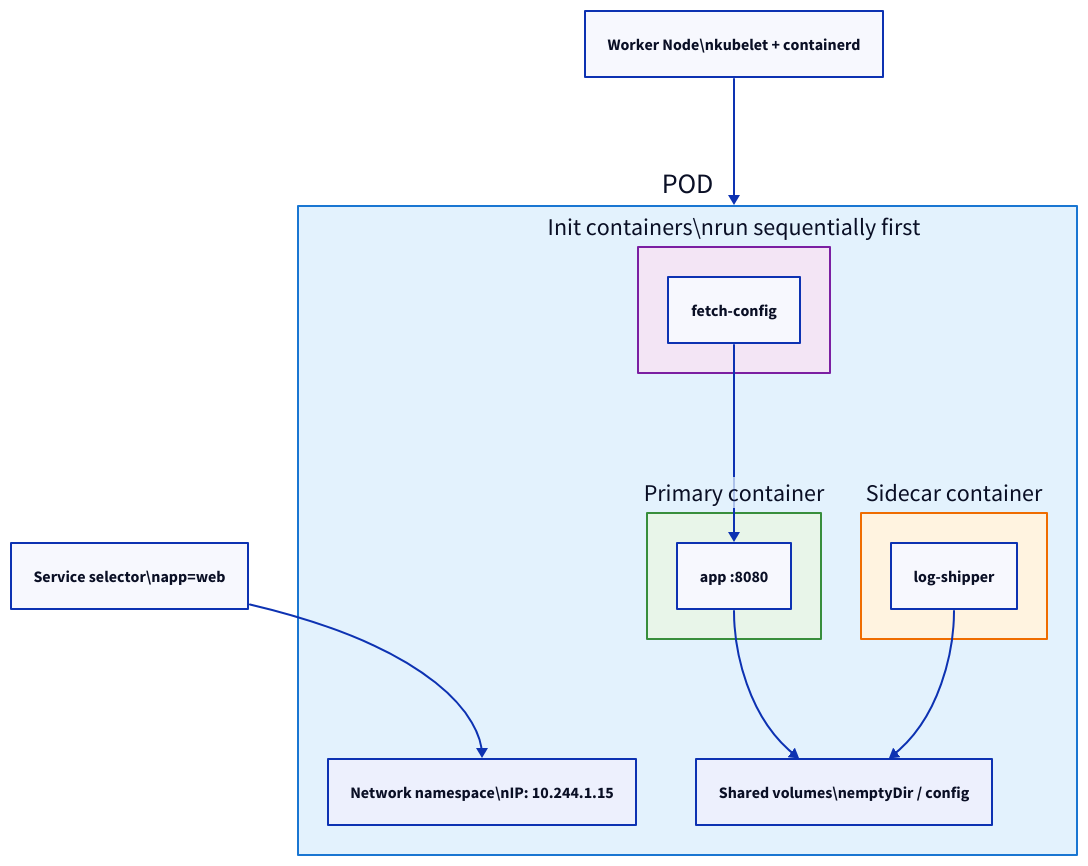
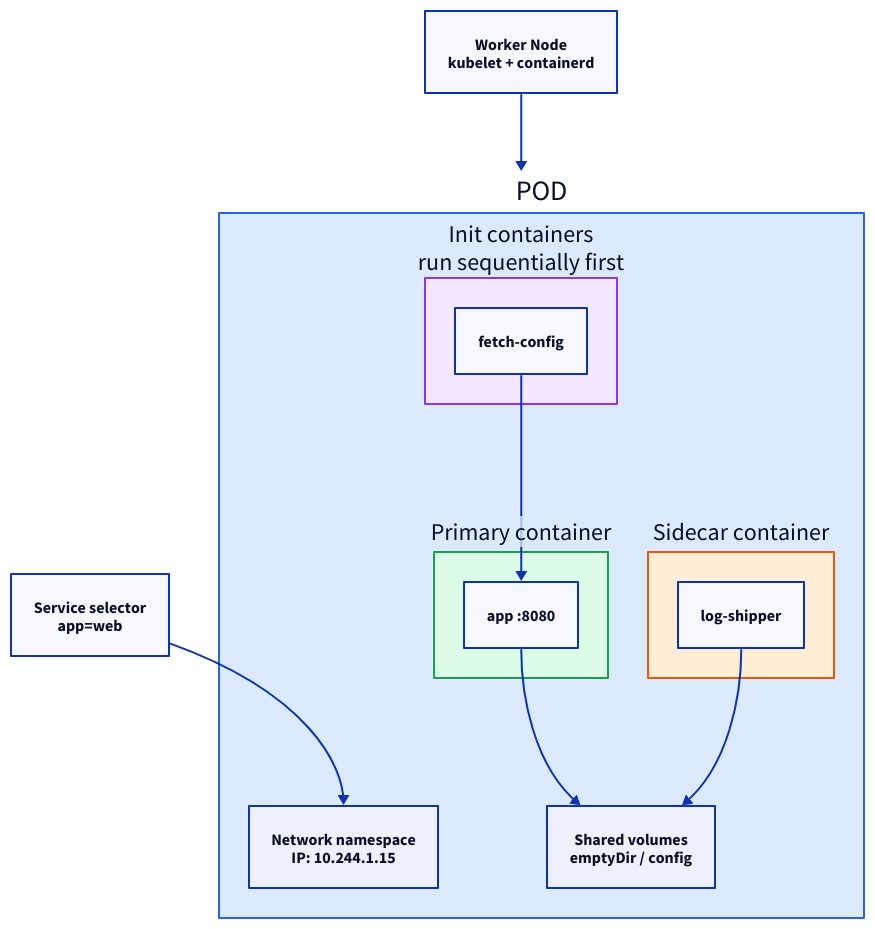
One commit to rebash-rebash/rebash-academy changed the first of 2 diagrams in docs/kubernetes/pods-the-atomic-unit.md. Above: the diagram before and after it, drawn with D2. The commit also changed other lines of this file and 177 other files, not shown here.

First line of the commit message:
Ship Terraform track, diagram polish, and new brand favicon.

````diff
--- a/docs/kubernetes/pods-the-atomic-unit.md
+++ b/docs/kubernetes/pods-the-atomic-unit.md
@@ -55,41 +55,41 @@
 ```d2
 direction: down
 
 POD: "Pod — shared context" {
       style: {
-        fill: "#e3f2fd"
-        stroke: "#1976d2"
+        fill: "#dbeafe"
+        stroke: "#2563eb"
       }
-        NET: "Network namespace\\nIP: 10.244.1.15"
-        VOL: "Shared volumes\\nemptyDir / config"
+        NET: "Network namespace\nIP: 10.244.1.15"
+        VOL: "Shared volumes\nemptyDir / config"
         MAIN: "Primary container" {
           style: {
-            fill: "#e8f5e9"
-            stroke: "#388e3c"
+            fill: "#dcfce7"
+            stroke: "#16a34a"
           }
             APP: "app :8080"
         }
         SIDE: "Sidecar container" {
           style: {
-            fill: "#fff3e0"
-            stroke: "#ef6c00"
+            fill: "#ffedd5"
+            stroke: "#ea580c"
           }
             LOG: log-shipper
         }
-        INIT: "Init containers\\nrun sequentially first" {
+        INIT: "Init containers\nrun sequentially first" {
           style: {
-            fill: "#f3e5f5"
-            stroke: "#7b1fa2"
+            fill: "#f3e8ff"
+            stroke: "#9333ea"
           }
             INITC: fetch-config
         }
     }
-    NODE: "Worker Node\\nkubelet + containerd"
-    SVC: "Service selector\\napp=web"
+    NODE: "Worker Node\nkubelet + containerd"
+    SVC: "Service selector\napp=web"
     POD: POD
     NODE -> POD
     POD.INIT.INITC -> POD.MAIN.APP
     POD.MAIN.APP -> POD.VOL
     POD.SIDE.LOG -> POD.VOL
     SVC -> POD.NET
 ```
````
